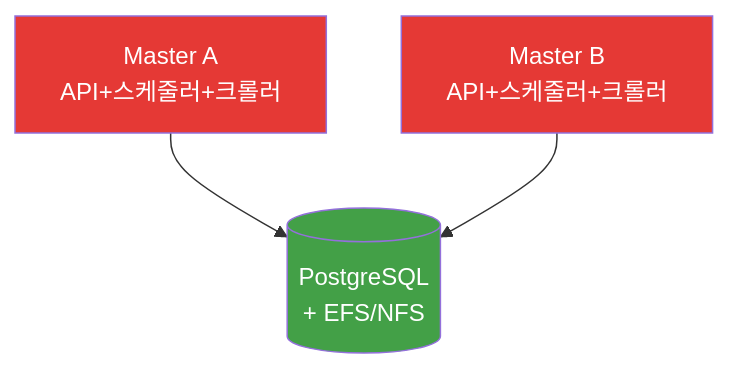
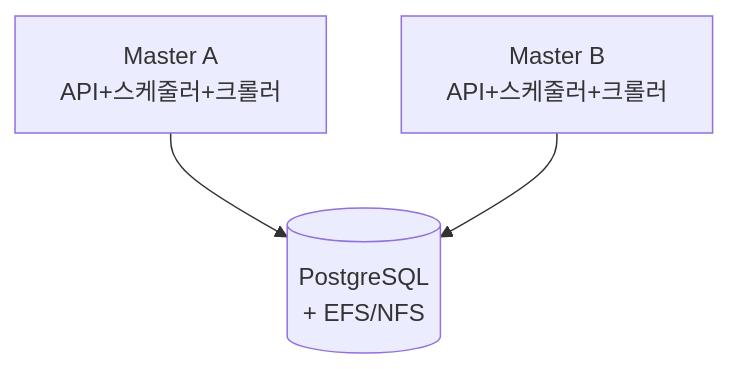
One commit to cybertarzan/vibe-crawler-handover changed the diagram in docs/plans/server-scaling/03-multi-master.md. Above: the diagram before and after it, drawn with Mermaid. The commit also changed 30 other files, not shown here.

Commit message:
style: 모든 mermaid 다이어그램에서 커스텀 배경색 제거 (기본 테마 사용)

````diff
--- a/docs/plans/server-scaling/03-multi-master.md
+++ b/docs/plans/server-scaling/03-multi-master.md
@@ -18,9 +18,6 @@
 ```mermaid
 graph TD
     MA["Master A<br/>API+스케줄러+크롤러"] --> DB[("PostgreSQL<br/>+ EFS/NFS")]
     MB["Master B<br/>API+스케줄러+크롤러"] --> DB
 
-    style MA fill:#e53935,color:#fff
-    style MB fill:#e53935,color:#fff
-    style DB fill:#43A047,color:#fff
 ```
````
